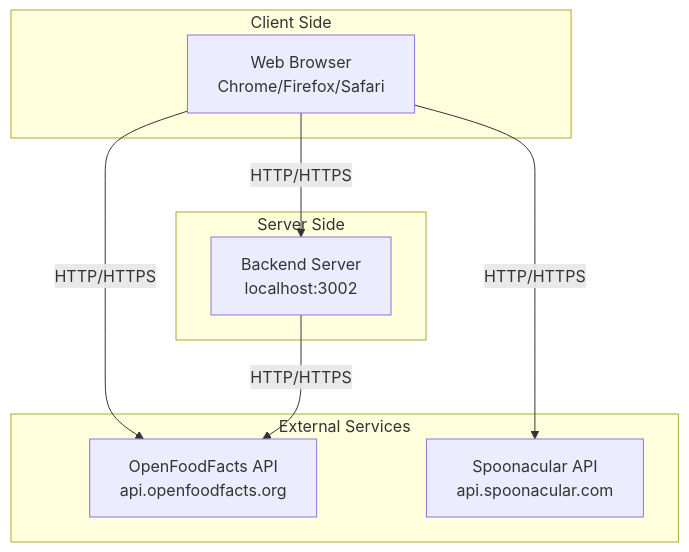
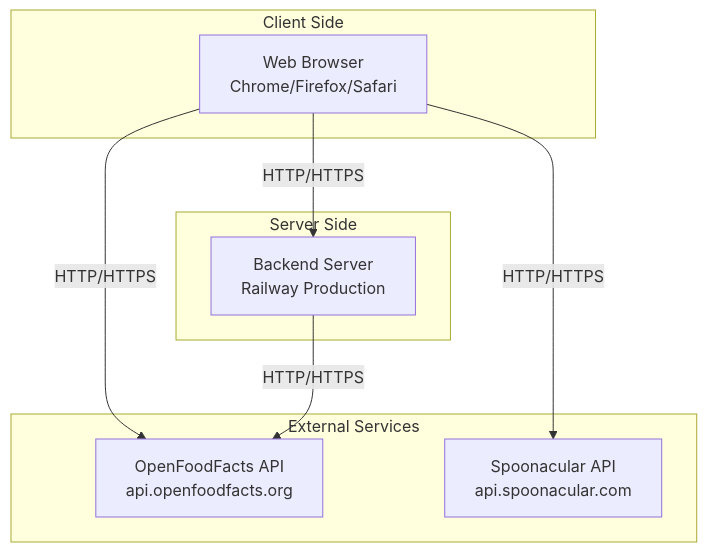
Diagram 20 of 20 in SRS_Diagrams.md (thxlp/63-font), drawn with Mermaid before and after one commit. The commit also changed other lines of this file and 16 other files, not shown here.

Commit message:
Update: เปลยน API endpoint เปน Railway Production (https://63-back-production.up.railway.app) และเพม config.js สำหรบจดการ API endpoints

````diff
--- a/SRS_Diagrams.md
+++ b/SRS_Diagrams.md
@@ -542,20 +542,20 @@
 ```mermaid
 graph TB
     subgraph Client[Client Side]
         Browser[Web Browser<br/>Chrome/Firefox/Safari]
     end
     
     subgraph Server[Server Side]
-        BackendServer[Backend Server<br/>localhost:3002]
+        BackendServer[Backend Server<br/>Railway Production]
     end
     
     subgraph External[External Services]
         OpenFoodAPI[OpenFoodFacts API<br/>api.openfoodfacts.org]
         SpoonacularAPI[Spoonacular API<br/>api.spoonacular.com]
     end
     
     Browser -->|HTTP/HTTPS| BackendServer
     Browser -->|HTTP/HTTPS| OpenFoodAPI
     Browser -->|HTTP/HTTPS| SpoonacularAPI
     BackendServer -->|HTTP/HTTPS| OpenFoodAPI
 ```
````
